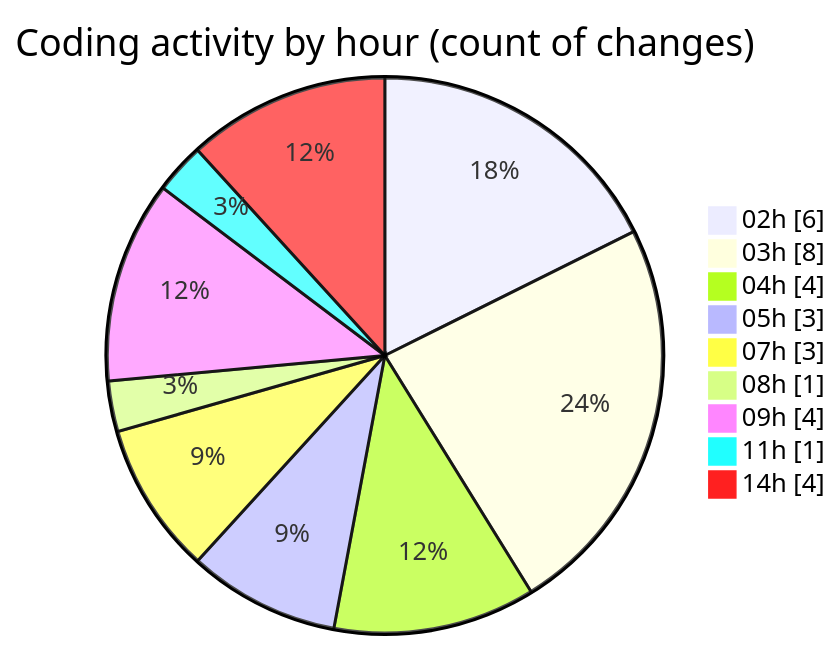
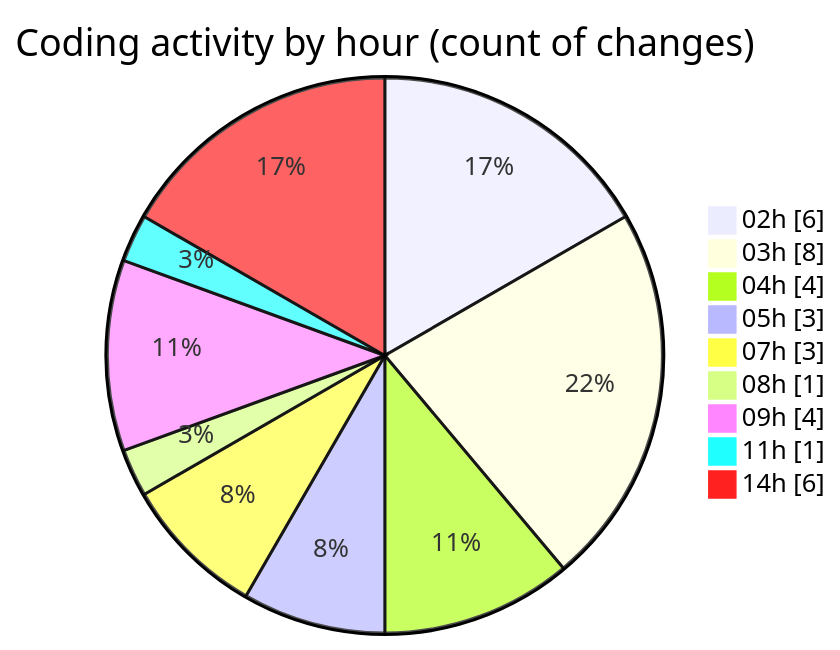
The second of 2 diagrams in 2025-07-03/cursor/README.md (FelipKnott/code-tracking), drawn with Mermaid before and after one commit. The commit also changed other lines of this file and 1 other file, not shown here.

````diff
--- a/2025-07-03/cursor/README.md
+++ b/2025-07-03/cursor/README.md
@@ -35,13 +35,13 @@
 ```mermaid
 pie showData
 title Coding activity by hour (count of changes)
 "02h" : 6
 "03h" : 8
 "04h" : 4
 "05h" : 3
 "07h" : 3
 "08h" : 1
 "09h" : 4
 "11h" : 1
-"14h" : 4
+"14h" : 6
 ```
````
